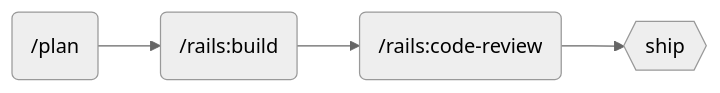
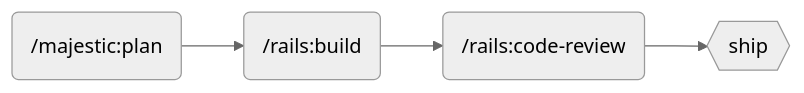
Before and after one commit to majesticlabs-dev/majestic-marketplace: the diagram in plugins/majestic-rails/README.md, drawn with Mermaid (neutral theme). The commit also changed other lines of this file and 12 other files, not shown here.

````diff
--- a/plugins/majestic-rails/README.md
+++ b/plugins/majestic-rails/README.md
@@ -13,6 +13,6 @@
 ```mermaid
 graph LR
-    A(/plan) --> B(/rails:build)
+    A(/majestic:plan) --> B(/rails:build)
     B --> C(/rails:code-review)
     C --> D{{ship}}
 ```
````
